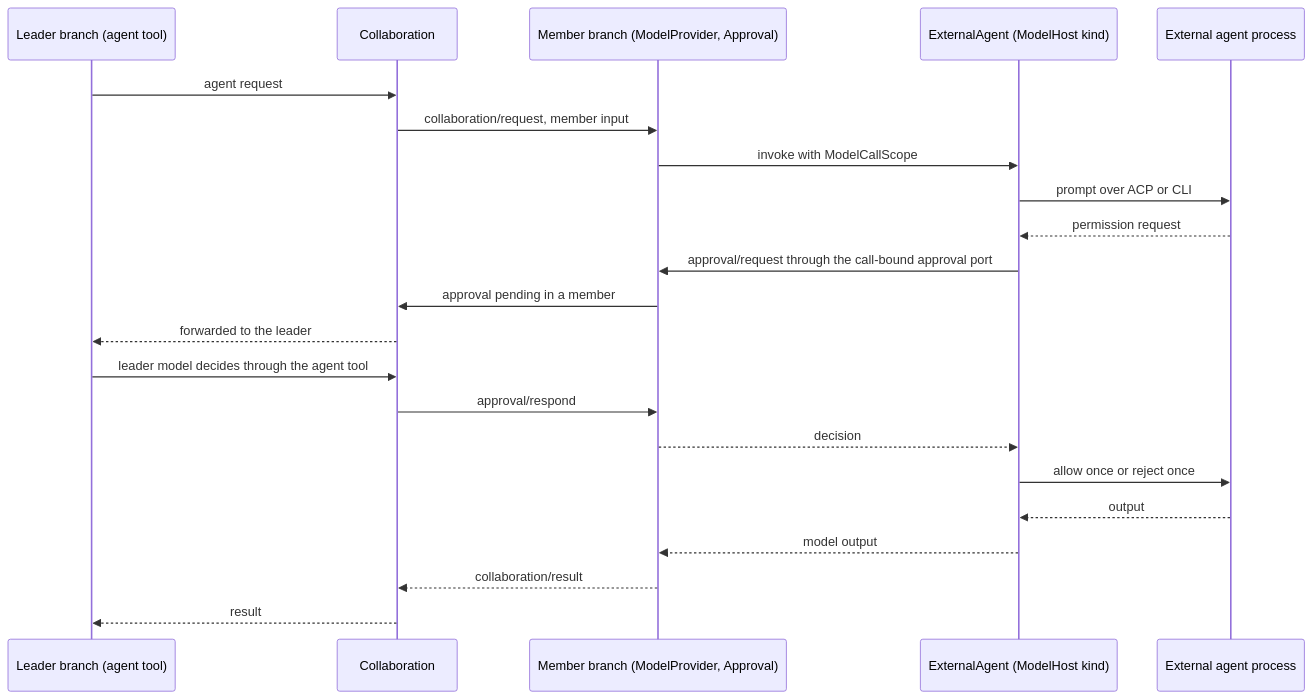
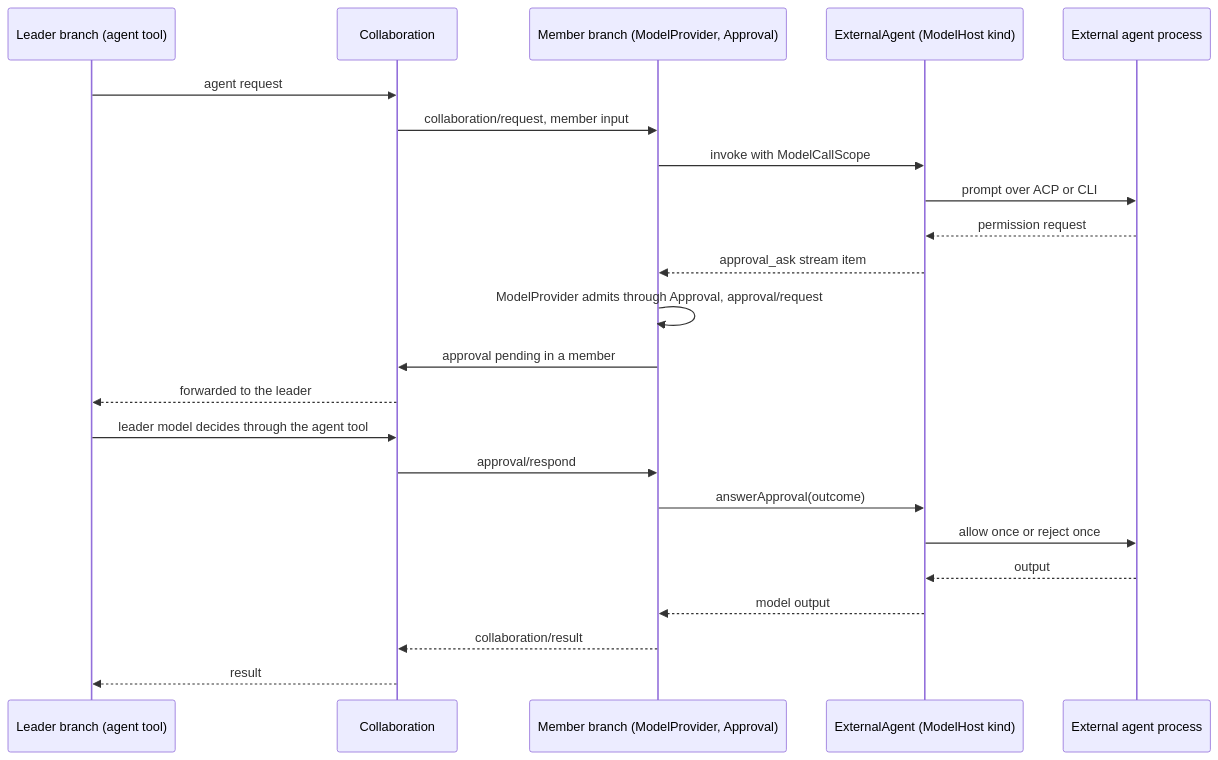
One commit to CoutinhoTTS/dim-agent changed the eighth of 8 diagrams in docs/design/overview.md. Above: the diagram before and after it, drawn with Mermaid. The commit also changed other lines of this file and 12 other files, not shown here.

````diff
--- a/docs/design/overview.md
+++ b/docs/design/overview.md
@@ -283,24 +283,25 @@
 ```mermaid
 sequenceDiagram
   participant L as Leader branch (agent tool)
   participant C as Collaboration
   participant M as Member branch (ModelProvider, Approval)
   participant X as ExternalAgent (ModelHost kind)
   participant EA as External agent process
   L->>C: agent request
   C->>M: collaboration/request, member input
   M->>X: invoke with ModelCallScope
   X->>EA: prompt over ACP or CLI
   EA-->>X: permission request
-  X->>M: approval/request through the call-bound approval port
+  X-->>M: approval_ask stream item
+  M->>M: ModelProvider admits through Approval, approval/request
   M->>C: approval pending in a member
   C-->>L: forwarded to the leader
   L->>C: leader model decides through the agent tool
   C->>M: approval/respond
-  M-->>X: decision
+  M->>X: answerApproval(outcome)
   X->>EA: allow once or reject once
   EA-->>X: output
   X-->>M: model output
   M-->>C: collaboration/result
   C-->>L: result
 ```
````
